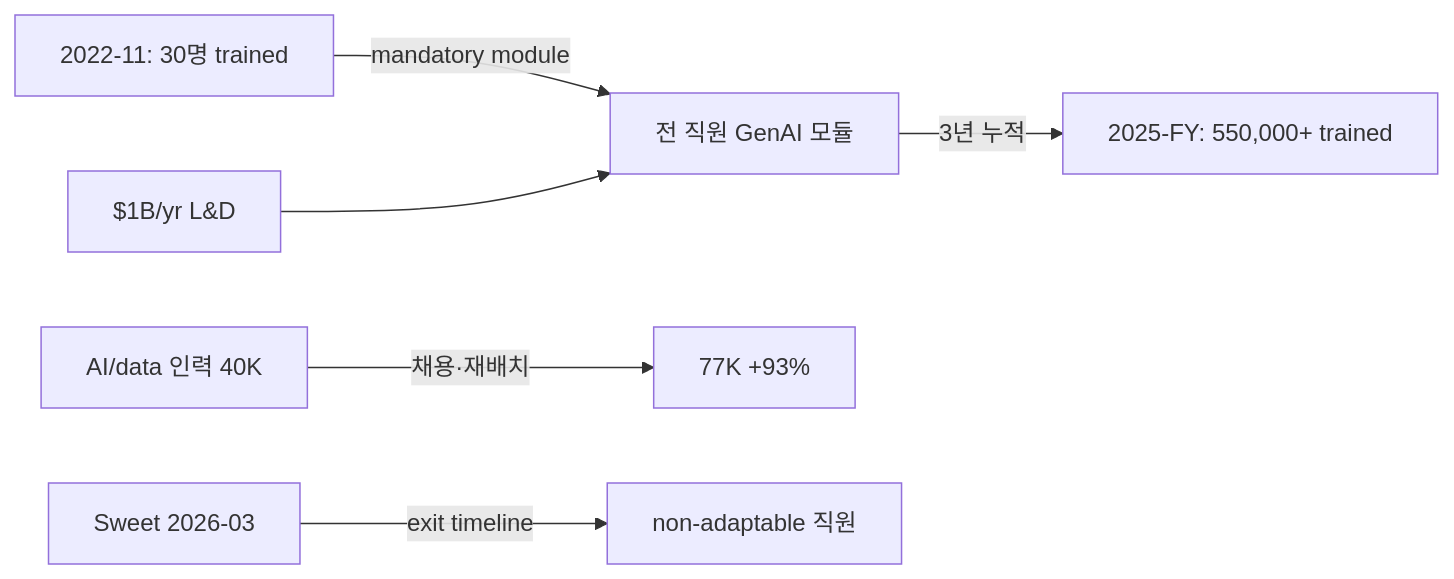
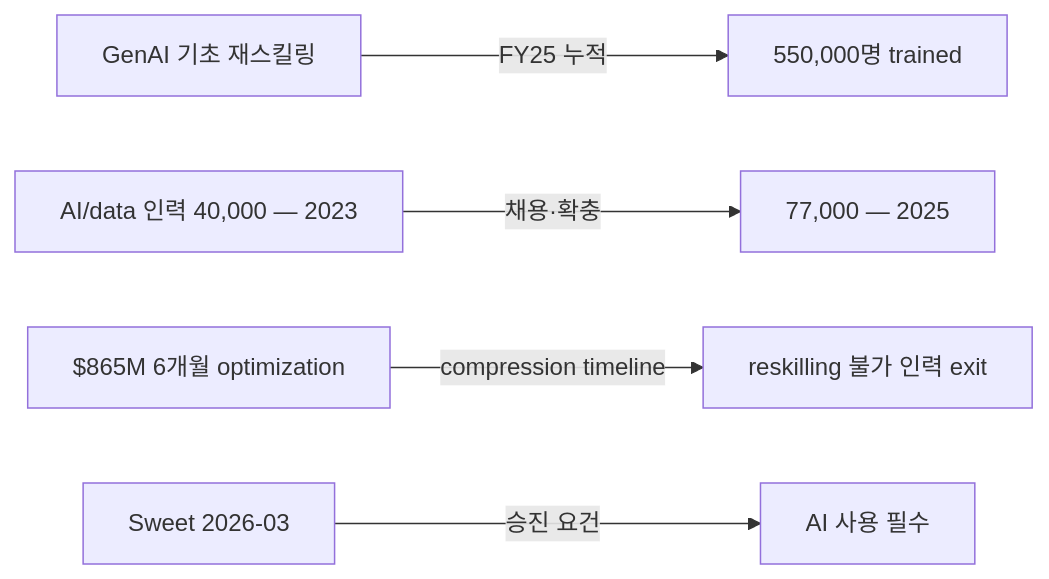
One commit to jameskim1st/hr-ai-benchmark changed the diagram in wiki/usecases/accenture-mass-genai-reskilling.md. Above: the diagram before and after it, drawn with Mermaid. The commit also changed other lines of this file and 222 other files, not shown here.

````diff
--- a/wiki/usecases/accenture-mass-genai-reskilling.md
+++ b/wiki/usecases/accenture-mass-genai-reskilling.md
@@ -74,8 +67,7 @@
 ```mermaid
 flowchart LR
-    Start[2022-11: 30명 trained] -->|mandatory module| Mass[전 직원 GenAI 모듈]
-    Mass -->|3년 누적| End[2025-FY: 550,000+ trained]
-    AIData2023[AI/data 인력 40K] -->|채용·재배치| AIData2025[77K +93%]
-    Sweet[Sweet 2026-03] -->|exit timeline| NonAdapt[non-adaptable 직원]
-    Spend[$1B/yr L&D] --> Mass
+    Mass[GenAI 기초 재스킬링] -->|FY25 누적| End[550,000명 trained]
+    AIData2023[AI/data 인력 40,000 — 2023] -->|채용·확충| AIData2025[77,000 — 2025]
+    Opt[$865M 6개월 optimization] -->|compression timeline| NonAdapt[reskilling 불가 인력 exit]
+    Sweet[Sweet 2026-03] -->|승진 요건| AIUse[AI 사용 필수]
 ```
````
